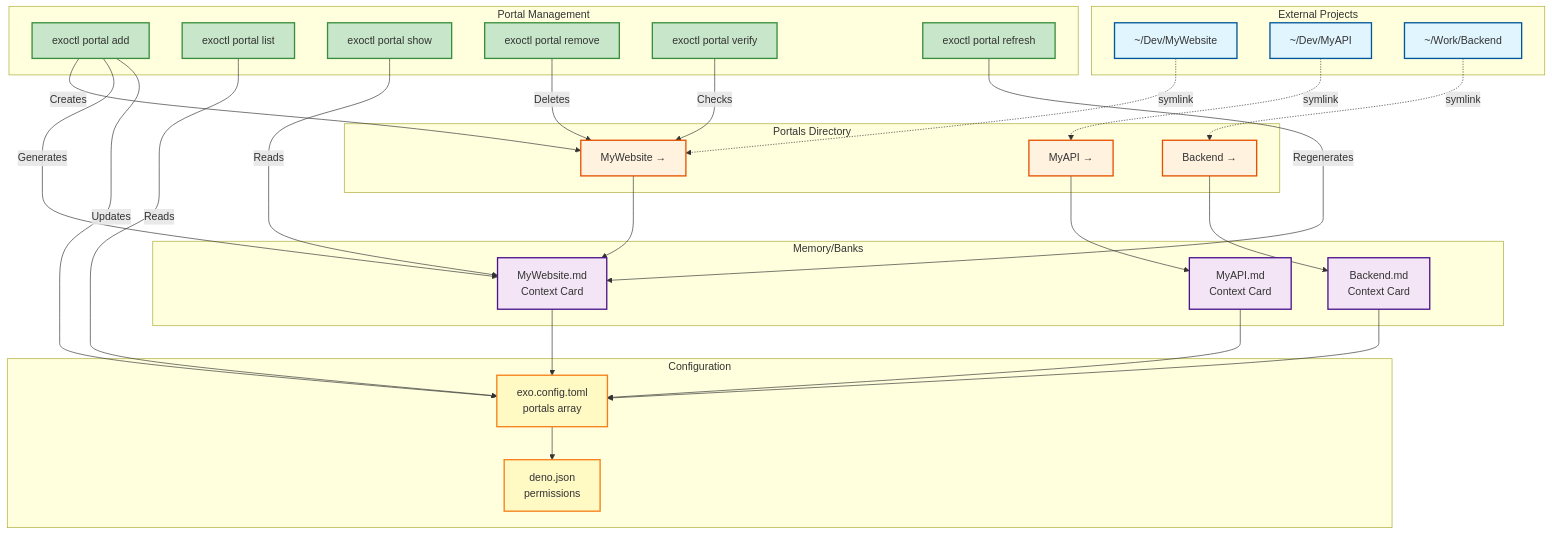
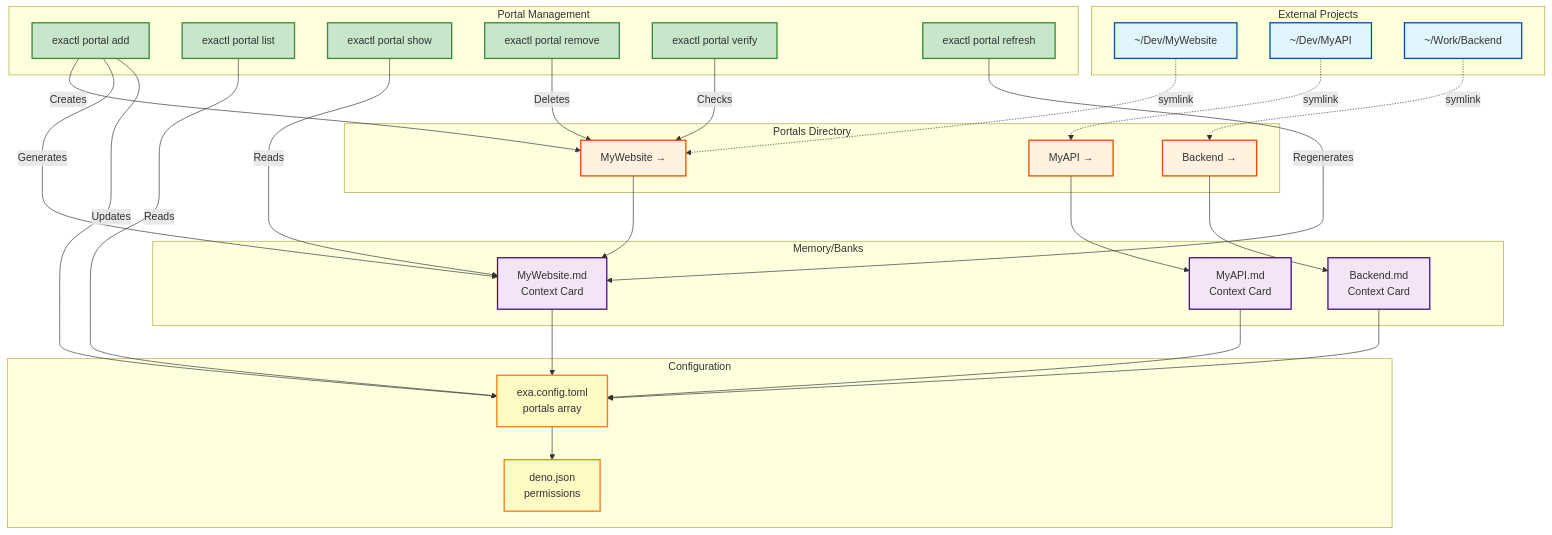
Diagram 12 of 17 in ARCHITECTURE.md (dostark/exaix-public), drawn with Mermaid before and after one commit. The commit also changed other lines of this file and 664 other files, not shown here.

````diff
--- a/ARCHITECTURE.md
+++ b/ARCHITECTURE.md
@@ -1161,68 +1161,68 @@
 ```mermaid
 graph TB
     subgraph External["External Projects"]
         Proj1[~/Dev/MyWebsite]
         Proj2[~/Dev/MyAPI]
         Proj3[~/Work/Backend]
     end
 
     subgraph Portals["Portals Directory"]
         Link1[MyWebsite →]
         Link2[MyAPI →]
         Link3[Backend →]
     end
 
     subgraph Memory["Memory/Banks"]
         Card1[MyWebsite.md<br/>Context Card]
         Card2[MyAPI.md<br/>Context Card]
         Card3[Backend.md<br/>Context Card]
     end
 
     subgraph Config["Configuration"]
-        TOML[exo.config.toml<br/>portals array]
+        TOML[exa.config.toml<br/>portals array]
         Deno[deno.json<br/>permissions]
     end
 
     subgraph CLI["Portal Management"]
-        Add[exoctl portal add]
-        List[exoctl portal list]
-        Show[exoctl portal show]
-        Remove[exoctl portal remove]
-        Verify[exoctl portal verify]
-        Refresh[exoctl portal refresh]
+        Add[exactl portal add]
+        List[exactl portal list]
+        Show[exactl portal show]
+        Remove[exactl portal remove]
+        Verify[exactl portal verify]
+        Refresh[exactl portal refresh]
     end
 
     Proj1 -.symlink.-> Link1
     Proj2 -.symlink.-> Link2
     Proj3 -.symlink.-> Link3
 
     Link1 --> Card1
     Link2 --> Card2
     Link3 --> Card3
 
     Card1 --> TOML
     Card2 --> TOML
     Card3 --> TOML
     TOML --> Deno
 
     Add -->|Creates| Link1
     Add -->|Generates| Card1
     Add -->|Updates| TOML
     List -->|Reads| TOML
     Show -->|Reads| Card1
     Remove -->|Deletes| Link1
     Verify -->|Checks| Link1
     Refresh -->|Regenerates| Card1
 
     classDef external fill:#e1f5ff,stroke:#01579b,stroke-width:2px
     classDef portal fill:#fff3e0,stroke:#e65100,stroke-width:2px
     classDef memory fill:#f3e5f5,stroke:#4a148c,stroke-width:2px
     classDef config fill:#fff9c4,stroke:#f57f17,stroke-width:2px
     classDef cli fill:#c8e6c9,stroke:#388e3c,stroke-width:2px
 
     class Proj1,Proj2,Proj3 external
     class Link1,Link2,Link3 portal
     class Card1,Card2,Card3 memory
     class TOML,Deno config
     class Add,List,Show,Remove,Verify,Refresh cli
 ```
````
